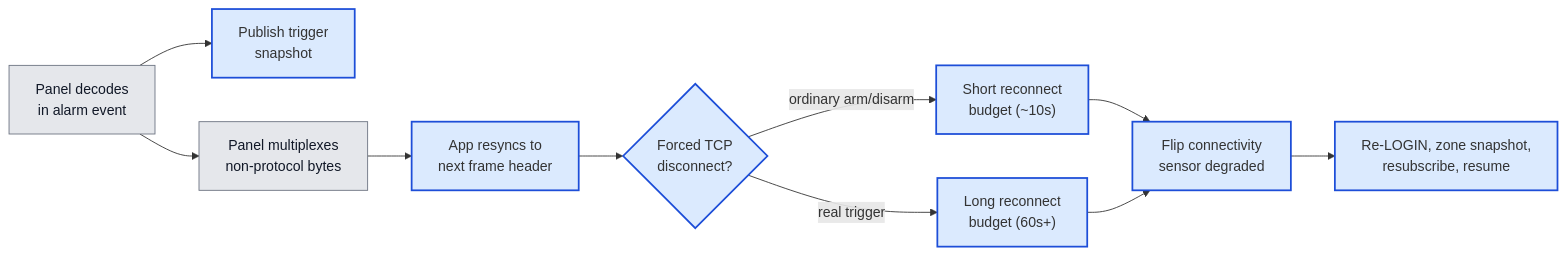
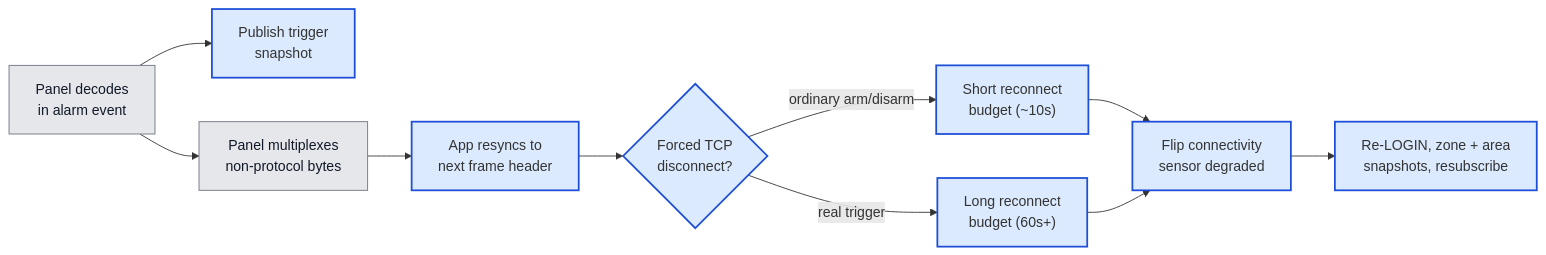
Before and after one commit to michaelmarconi/texecom_alarm: the fifth of 6 diagrams in docs/architecture.md, drawn with Mermaid. The commit also changed other lines of this file and 4 other files, not shown here.

````diff
--- a/docs/architecture.md
+++ b/docs/architecture.md
@@ -274,22 +295,22 @@
 ```mermaid
 flowchart LR
     Trigger["Panel decodes<br/>in alarm event"]:::external
     Snap["Publish trigger<br/>snapshot"]:::owned
     Multiplex["Panel multiplexes<br/>non-protocol bytes"]:::external
     Resync["App resyncs to<br/>next frame header"]:::owned
     Drop{"Forced TCP<br/>disconnect?"}:::owned
     Short["Short reconnect<br/>budget (~10s)"]:::owned
     Long["Long reconnect<br/>budget (60s+)"]:::owned
     Degrade["Flip connectivity<br/>sensor degraded"]:::owned
-    Resume["Re-LOGIN, zone snapshot,<br/>resubscribe, resume"]:::owned
+    Resume["Re-LOGIN, zone + area<br/>snapshots, resubscribe"]:::owned
 
     Trigger --> Snap
     Trigger --> Multiplex
     Multiplex --> Resync
     Resync --> Drop
     Drop -->|ordinary arm/disarm| Short --> Degrade --> Resume
     Drop -->|real trigger| Long --> Degrade
 
     classDef owned fill:#dbeafe,stroke:#1d4ed8,stroke-width:2px
     classDef external fill:#e5e7eb,stroke:#6b7280,color:#111827
 ```
````
